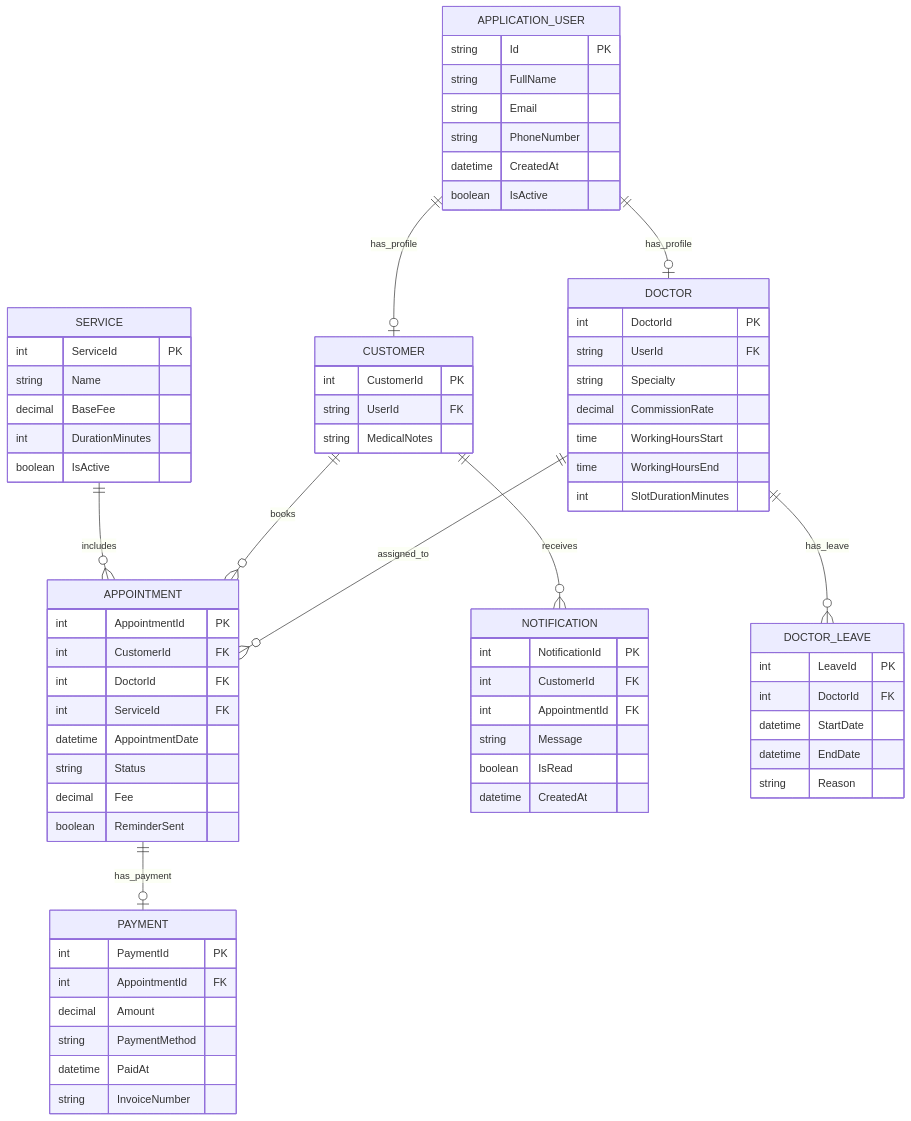
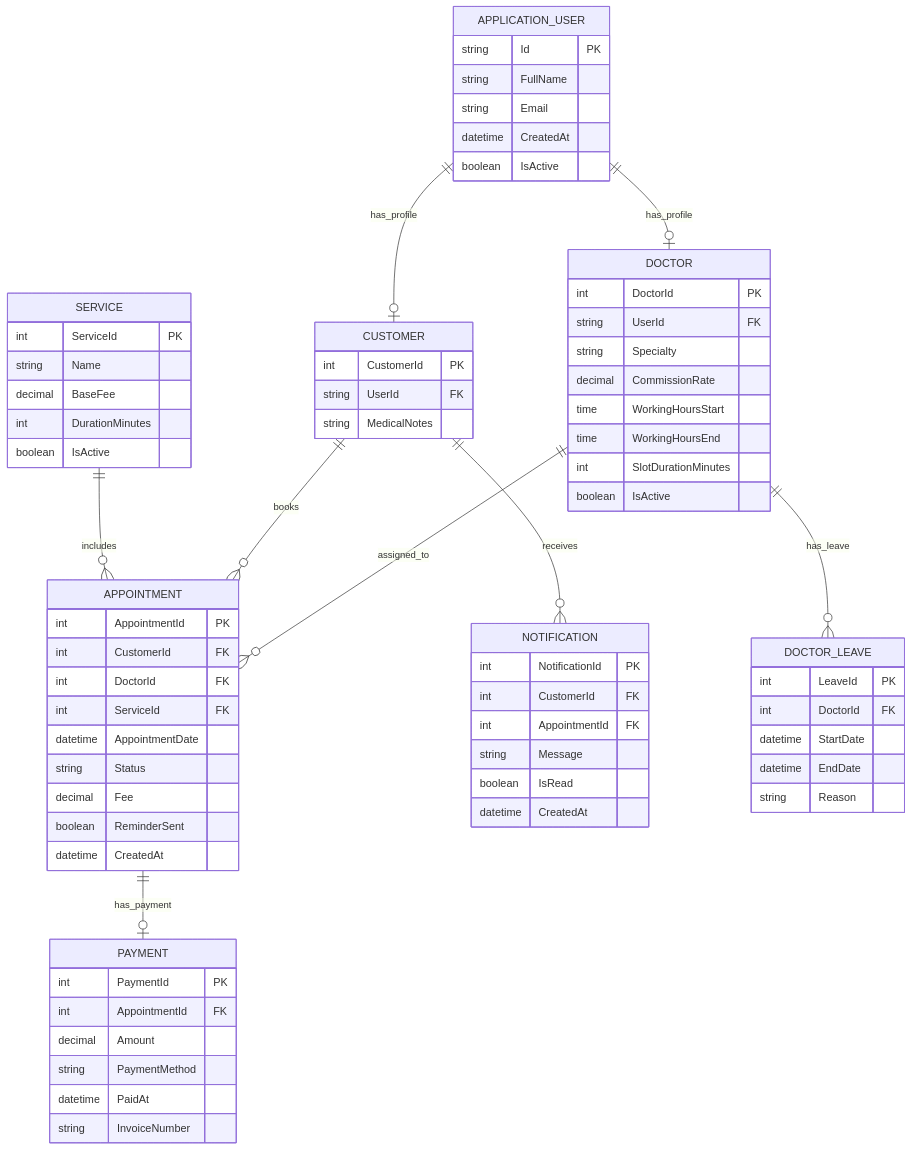
The second of 10 diagrams in Dental_Rapor.md (1sevvalyesilyurt/dentacare), drawn with Mermaid before and after one commit. The commit also changed other lines of this file and 1 other file, not shown here.

````diff
--- a/Dental_Rapor.md
+++ b/Dental_Rapor.md
@@ -431,74 +378,75 @@
 ```mermaid
 erDiagram
     APPLICATION_USER ||--o| DOCTOR : has_profile
     APPLICATION_USER ||--o| CUSTOMER : has_profile
     DOCTOR ||--o{ APPOINTMENT : assigned_to
     CUSTOMER ||--o{ APPOINTMENT : books
     SERVICE ||--o{ APPOINTMENT : includes
     APPOINTMENT ||--o| PAYMENT : has_payment
     CUSTOMER ||--o{ NOTIFICATION : receives
     DOCTOR ||--o{ DOCTOR_LEAVE : has_leave
 
     APPLICATION_USER {
         string Id PK
         string FullName
         string Email
-        string PhoneNumber
         datetime CreatedAt
         boolean IsActive
     }
     DOCTOR {
         int DoctorId PK
         string UserId FK
         string Specialty
         decimal CommissionRate
         time WorkingHoursStart
         time WorkingHoursEnd
         int SlotDurationMinutes
+        boolean IsActive
     }
     CUSTOMER {
         int CustomerId PK
         string UserId FK
         string MedicalNotes
     }
     SERVICE {
         int ServiceId PK
         string Name
         decimal BaseFee
         int DurationMinutes
         boolean IsActive
     }
     APPOINTMENT {
         int AppointmentId PK
         int CustomerId FK
         int DoctorId FK
         int ServiceId FK
         datetime AppointmentDate
         string Status
         decimal Fee
         boolean ReminderSent
+        datetime CreatedAt
     }
     PAYMENT {
         int PaymentId PK
         int AppointmentId FK
         decimal Amount
         string PaymentMethod
         datetime PaidAt
         string InvoiceNumber
     }
     NOTIFICATION {
         int NotificationId PK
         int CustomerId FK
         int AppointmentId FK
         string Message
         boolean IsRead
         datetime CreatedAt
     }
     DOCTOR_LEAVE {
         int LeaveId PK
         int DoctorId FK
         datetime StartDate
         datetime EndDate
         string Reason
     }
 ```
````
